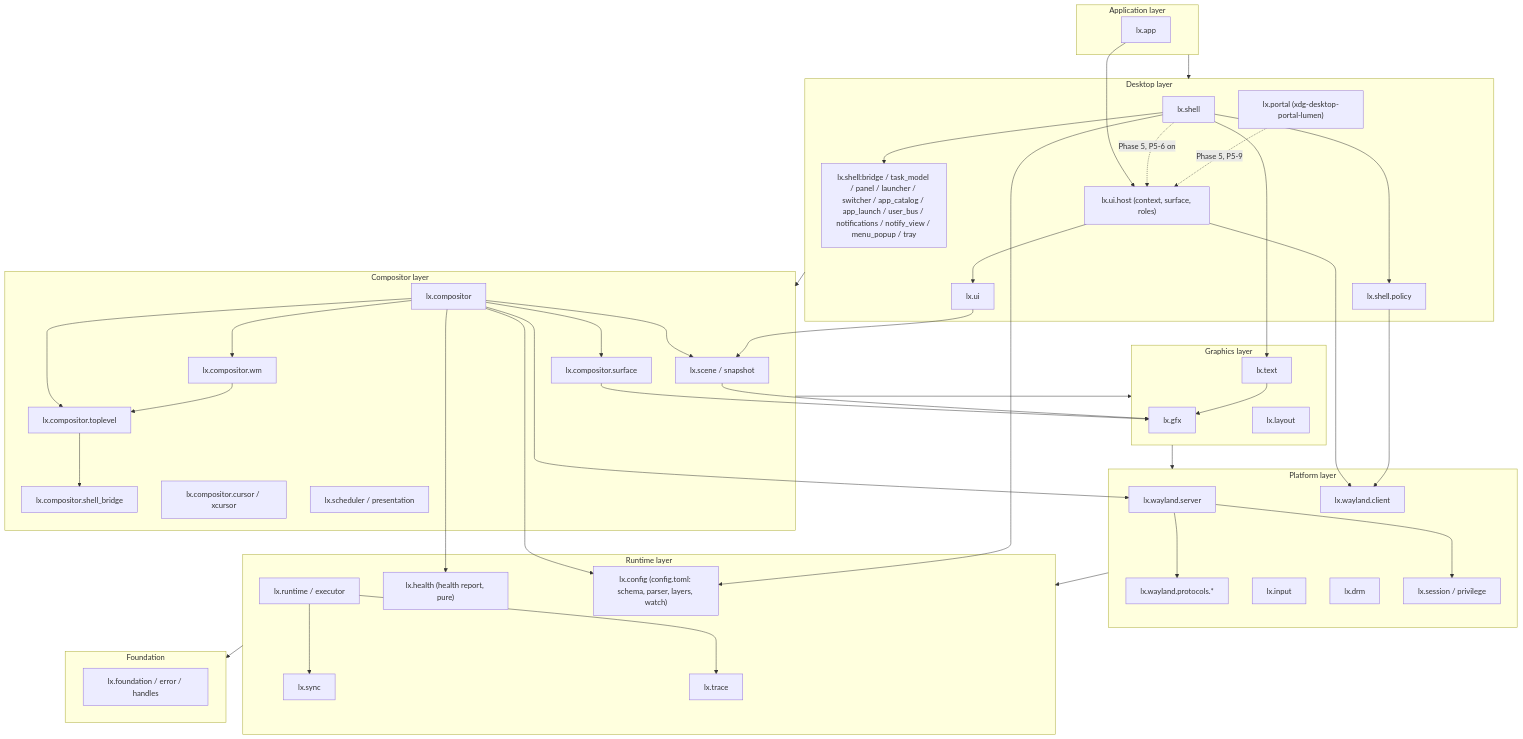
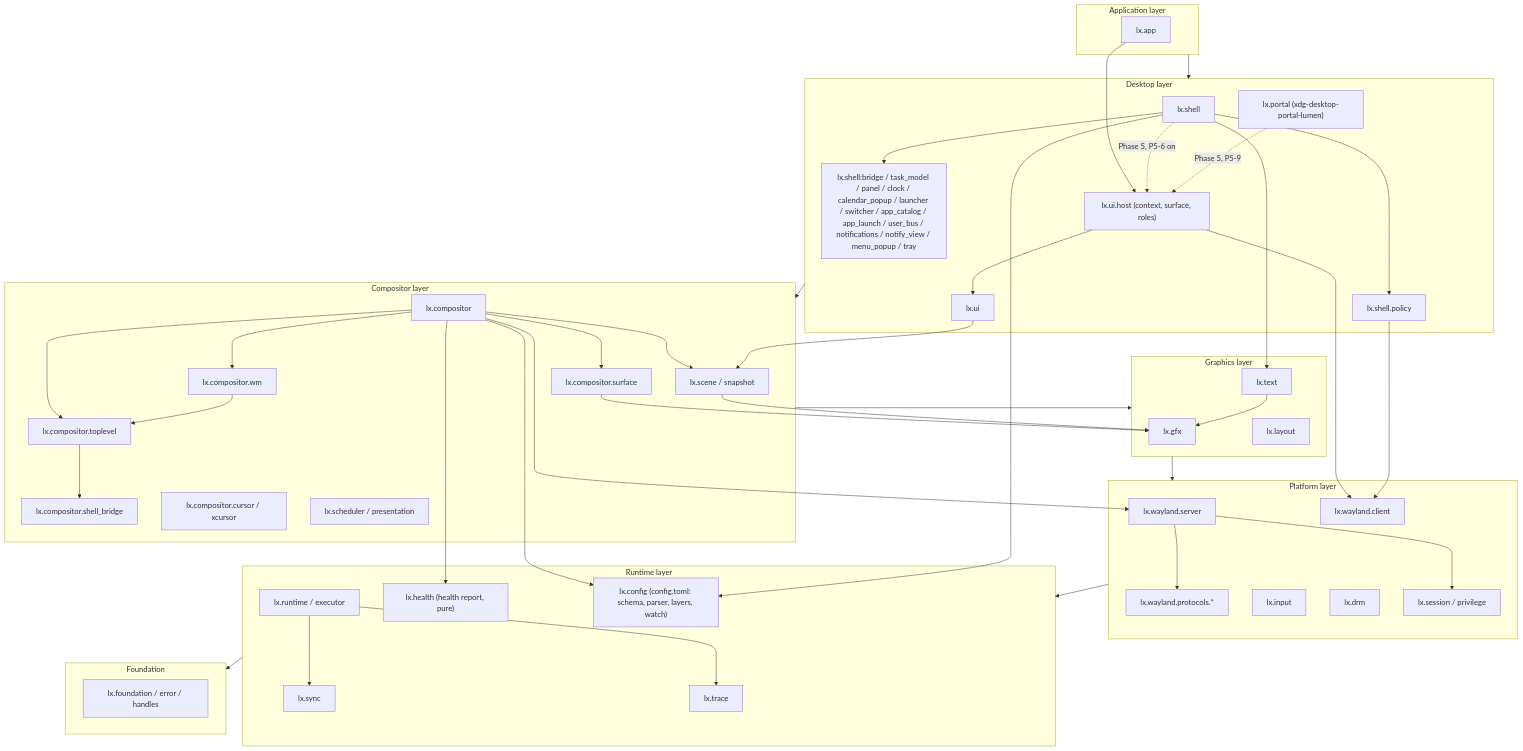
One commit to dimmus/lumen changed the second of 9 diagrams in docs/architecture.md. Above: the diagram before and after it, drawn with Mermaid. The commit also changed other lines of this file and 75 other files, not shown here.

Commit message:
feat(desktop): add clock calendar widget and desktop fixes

````diff
--- a/docs/architecture.md
+++ b/docs/architecture.md
@@ -318,81 +324,81 @@
 ```mermaid
 flowchart TB
     subgraph L6["Application layer"]
         APP["lx.app"]
     end
 
     subgraph L5["Desktop layer"]
         SH["lx.shell"]
-        SHB["lx.shell:bridge / task_model / panel / launcher / switcher / app_catalog / app_launch / user_bus / notifications / notify_view / menu_popup / tray"]
+        SHB["lx.shell:bridge / task_model / panel / clock / calendar_popup / launcher / switcher / app_catalog / app_launch / user_bus / notifications / notify_view / menu_popup / tray"]
         SHP["lx.shell.policy"]
         UI["lx.ui"]
         UIH["lx.ui.host (context, surface, roles)"]
         PORTAL["lx.portal (xdg-desktop-portal-lumen)"]
     end
 
     subgraph L4["Compositor layer"]
         COMP["lx.compositor"]
         CTOP["lx.compositor.toplevel"]
         CWM["lx.compositor.wm"]
         CBR["lx.compositor.shell_bridge"]
         CSURF["lx.compositor.surface"]
         CCUR["lx.compositor.cursor / xcursor"]
         SCENE["lx.scene / snapshot"]
         SCHED["lx.scheduler / presentation"]
     end
 
     subgraph L3["Graphics layer"]
         GFX["lx.gfx"]
         TEXT["lx.text"]
         LAY["lx.layout"]
     end
 
     subgraph L2["Platform layer"]
         WLS["lx.wayland.server"]
         WLC["lx.wayland.client"]
         WLPR["lx.wayland.protocols.*"]
         INP["lx.input"]
         DRM["lx.drm"]
         SESS["lx.session / privilege"]
     end
 
     subgraph L1["Runtime layer"]
         RT["lx.runtime / executor"]
         SYNC["lx.sync"]
         TRACE["lx.trace"]
         HEALTH["lx.health (health report, pure)"]
         CONFIG["lx.config (config.toml: schema, parser, layers, watch)"]
     end
 
     subgraph L0["Foundation"]
         FOUND["lx.foundation / error / handles"]
     end
 
     APP --> UIH
     UIH --> UI
     UIH --> WLC
     SH -.->|"Phase 5, P5-6 on"| UIH
     PORTAL -.->|"Phase 5, P5-9"| UIH
     SH --> SHB
     SH --> SHP --> WLC
     SH --> TEXT
     TEXT --> GFX
     COMP --> WLS --> WLPR
     COMP --> CTOP --> CBR
     COMP --> CWM --> CTOP
     COMP --> CSURF --> GFX
     COMP --> SCENE --> GFX
     UI --> SCENE
     WLS --> SESS
     COMP --> HEALTH
     COMP --> CONFIG
     SH --> CONFIG
     RT --> SYNC
     RT --> TRACE
     L1 --> L0
     L2 --> L1
     L3 --> L2
     L4 --> L3
     L5 --> L4
     L6 --> L5
 ```
````
